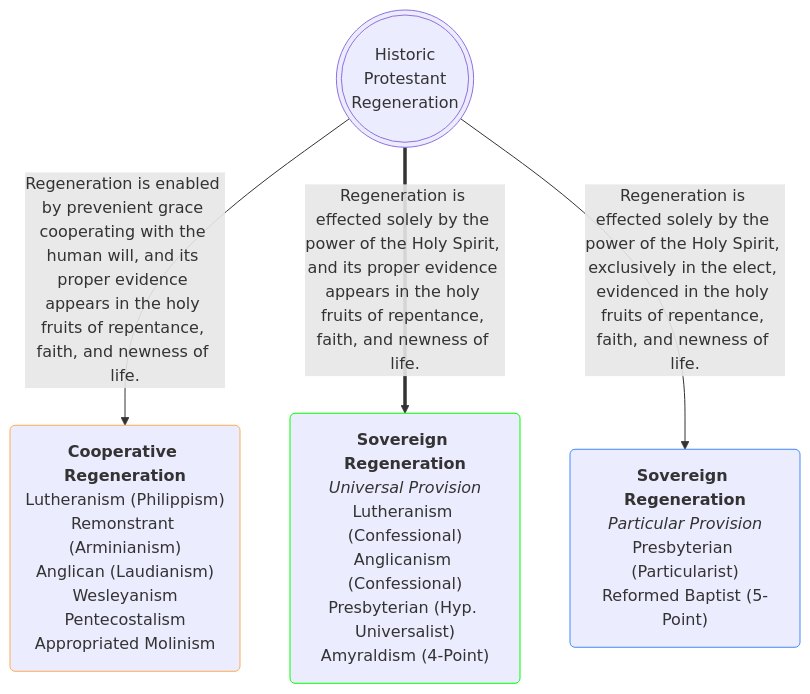
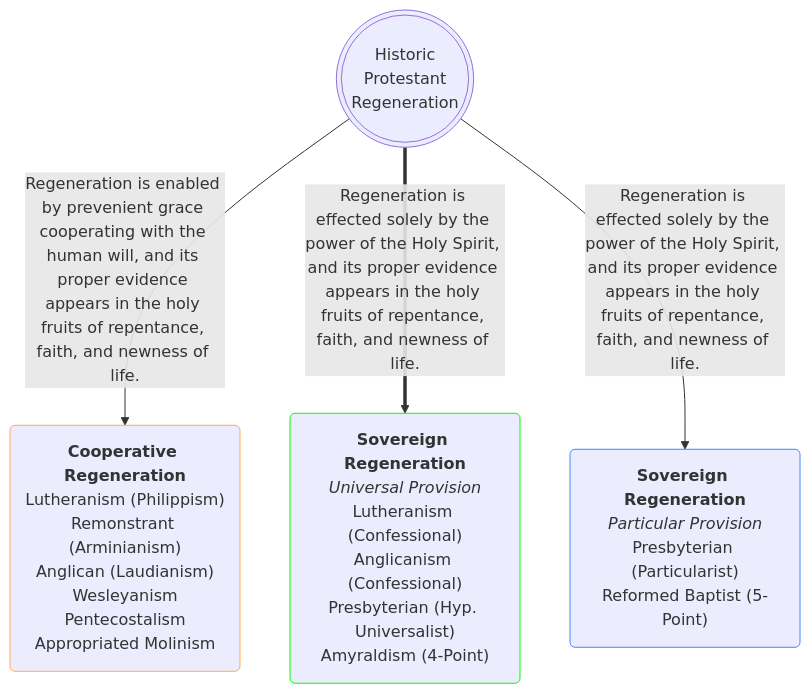
One commit to OrdoLuminis/ordoluminis.github.io changed the second of 5 diagrams in _posts/2025-08-03-historic-protestant-position.markdown. Above: the diagram before and after it, drawn with Mermaid. The commit also changed other lines of this file, not shown here.

Commit message:
less is more

````diff
--- a/_posts/2025-08-03-historic-protestant-position.markdown
+++ b/_posts/2025-08-03-historic-protestant-position.markdown
@@ -92,11 +92,10 @@
 ```mermaid
 flowchart TD
     A(((Historic<br>Protestant<br>Regeneration)))
     A -->|Regeneration is enabled by prevenient grace cooperating with the human will, and its proper evidence appears in the holy fruits of repentance, faith, and newness of life.| H(<strong>Cooperative Regeneration</strong><br>Lutheranism &lpar;Philippism&rpar;<br>Remonstrant &lpar;Arminianism&rpar;<br>Anglican &lpar;Laudianism&rpar;<br>Wesleyanism<br>Pentecostalism<br>Appropriated Molinism):::orange
     A ==>|Regeneration is effected solely by the power of the Holy Spirit, and its proper evidence appears in the holy fruits of repentance, faith, and newness of life.| G(<strong>Sovereign Regeneration</strong><br><em>Universal Provision</em><br>Lutheranism &lpar;Confessional&rpar;<br>Anglicanism &lpar;Confessional&rpar;<br>Presbyterian &lpar;Hyp. Universalist&rpar;<br>Amyraldism &lpar;4-Point&rpar;):::green
-    A -->|Regeneration is effected solely by the power of the Holy Spirit, exclusively in the elect, evidenced in the holy fruits of repentance, faith, and newness of life.| P(<strong>Sovereign Regeneration</strong><br><em>Particular Provision</em><br>Presbyterian &lpar;Particularist&rpar;<br>Reformed Baptist &lpar;5-Point&rpar;):::blue
+    A -->|Regeneration is effected solely by the power of the Holy Spirit, and its proper evidence appears in the holy fruits of repentance, faith, and newness of life.| P(<strong>Sovereign Regeneration</strong><br><em>Particular Provision</em><br>Presbyterian &lpar;Particularist&rpar;<br>Reformed Baptist &lpar;5-Point&rpar;):::blue
     classDef green stroke:#0f0
     classDef orange stroke:#fa5
     classDef blue stroke:#48f
-
 ```
````
